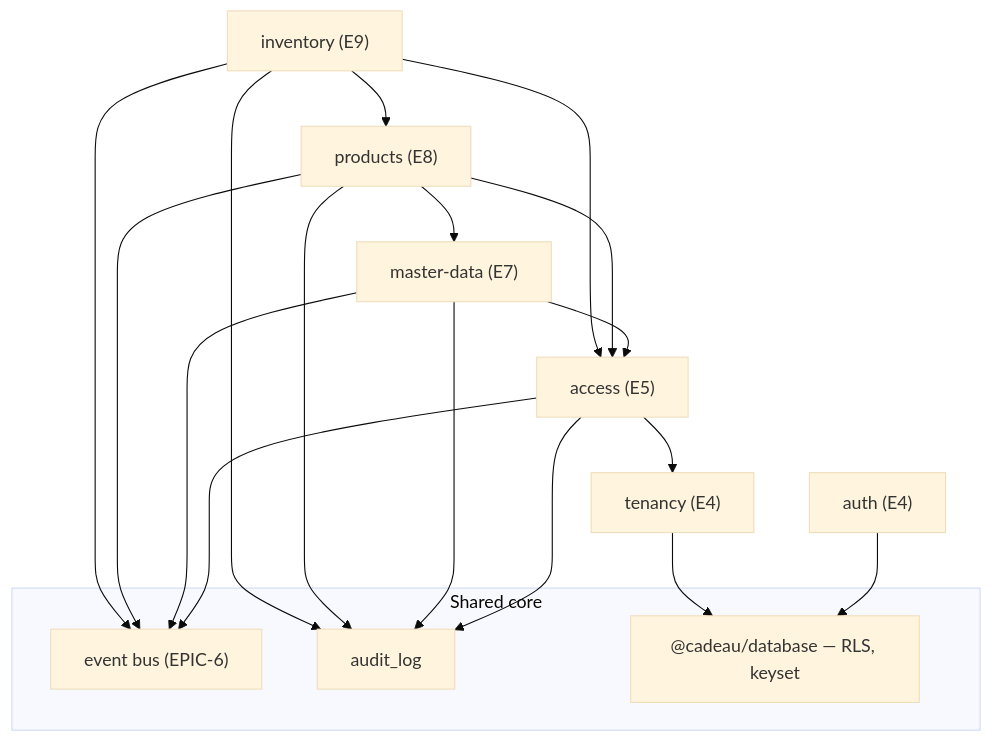
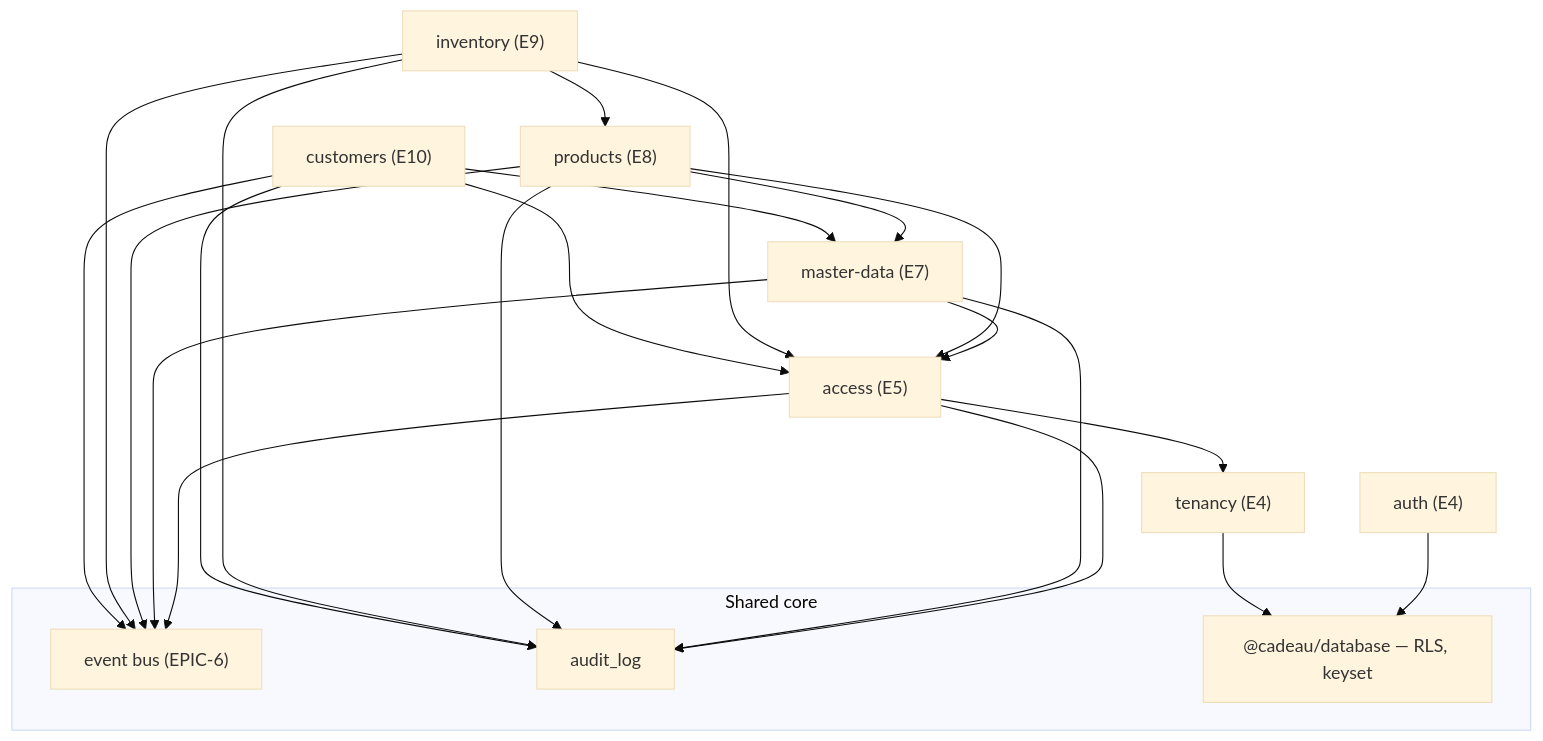
One commit to anosait78-star/cadeau-backend changed the diagram in docs/domain-map.md. Above: the diagram before and after it, drawn with Mermaid (base theme). The commit also changed other lines of this file and 9 other files, not shown here.

````diff
--- a/docs/domain-map.md
+++ b/docs/domain-map.md
@@ -53,26 +54,30 @@
 ```mermaid
 graph TD
   subgraph core["Shared core"]
     BUS["event bus (EPIC-6)"]
     AUDIT["audit_log"]
     DB["@cadeau/database — RLS, keyset"]
   end
 
   AUTH["auth (E4)"] --> DB
   TEN["tenancy (E4)"] --> DB
   ACC["access (E5)"] --> TEN
   ACC --> BUS
   MD["master-data (E7)"] --> ACC
   MD --> BUS
   PROD["products (E8)"] --> MD
   PROD --> ACC
   PROD --> BUS
   INV["inventory (E9)"] --> PROD
   INV --> ACC
   INV --> BUS
+  CUST["customers (E10)"] --> MD
+  CUST --> ACC
+  CUST --> BUS
 
   ACC --> AUDIT
   MD --> AUDIT
   PROD --> AUDIT
   INV --> AUDIT
+  CUST --> AUDIT
 ```
````
